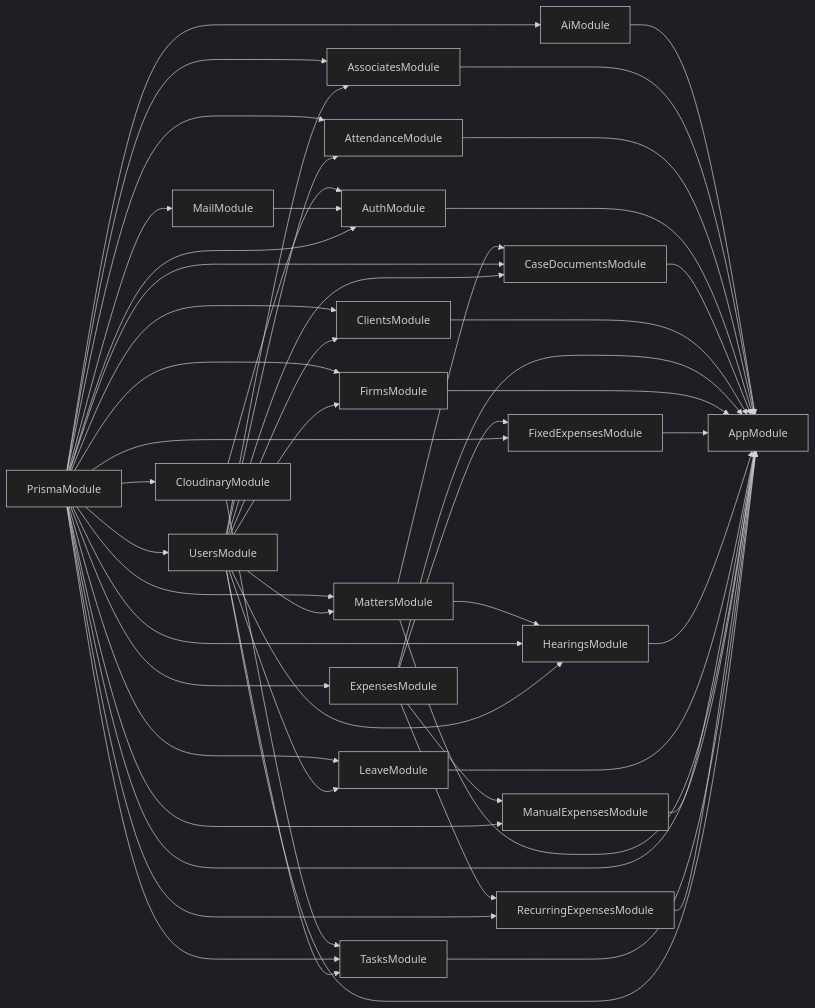
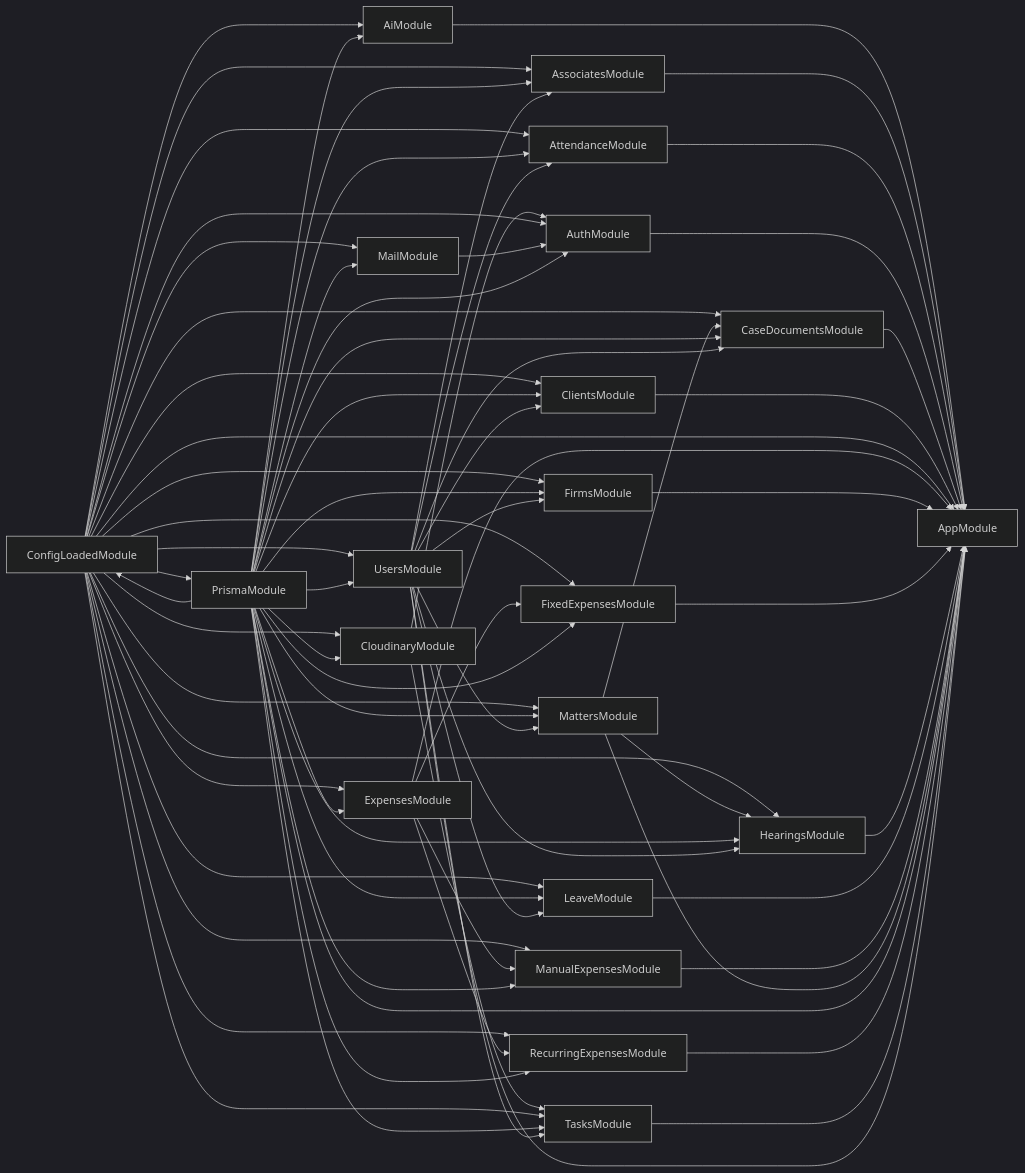
One commit to zas512/Verdict changed the diagram in apps/api/deps.mermaid. Above: the diagram before and after it, drawn with Mermaid (dark theme). The commit also changed 1 other file, not shown here.

Commit message:
feat: implement root application module and dependency graph visualization

```diff
--- a/apps/api/deps.mermaid
+++ b/apps/api/deps.mermaid
@@ -1,53 +1,74 @@
 graph LR
   AiModule --> AppModule
   AssociatesModule --> AppModule
   AttendanceModule --> AppModule
   AuthModule --> AppModule
   CaseDocumentsModule --> AppModule
   ClientsModule --> AppModule
   CloudinaryModule --> AuthModule
   CloudinaryModule --> TasksModule
+  ConfigLoadedModule --> AiModule
+  ConfigLoadedModule --> AppModule
+  ConfigLoadedModule --> AssociatesModule
+  ConfigLoadedModule --> AttendanceModule
+  ConfigLoadedModule --> AuthModule
+  ConfigLoadedModule --> CaseDocumentsModule
+  ConfigLoadedModule --> ClientsModule
+  ConfigLoadedModule --> CloudinaryModule
+  ConfigLoadedModule --> ExpensesModule
+  ConfigLoadedModule --> FirmsModule
+  ConfigLoadedModule --> FixedExpensesModule
+  ConfigLoadedModule --> HearingsModule
+  ConfigLoadedModule --> LeaveModule
+  ConfigLoadedModule --> MailModule
+  ConfigLoadedModule --> ManualExpensesModule
+  ConfigLoadedModule --> MattersModule
+  ConfigLoadedModule --> PrismaModule
+  ConfigLoadedModule --> RecurringExpensesModule
+  ConfigLoadedModule --> TasksModule
+  ConfigLoadedModule --> UsersModule
   ExpensesModule --> AppModule
   ExpensesModule --> FixedExpensesModule
   ExpensesModule --> ManualExpensesModule
   ExpensesModule --> RecurringExpensesModule
   FirmsModule --> AppModule
   FixedExpensesModule --> AppModule
   HearingsModule --> AppModule
   LeaveModule --> AppModule
   MailModule --> AuthModule
   ManualExpensesModule --> AppModule
   MattersModule --> AppModule
   MattersModule --> CaseDocumentsModule
   MattersModule --> HearingsModule
   PrismaModule --> AiModule
   PrismaModule --> AppModule
   PrismaModule --> AssociatesModule
   PrismaModule --> AttendanceModule
   PrismaModule --> AuthModule
   PrismaModule --> CaseDocumentsModule
   PrismaModule --> ClientsModule
   PrismaModule --> CloudinaryModule
+  PrismaModule --> ConfigLoadedModule
   PrismaModule --> ExpensesModule
   PrismaModule --> FirmsModule
   PrismaModule --> FixedExpensesModule
   PrismaModule --> HearingsModule
   PrismaModule --> LeaveModule
   PrismaModule --> MailModule
   PrismaModule --> ManualExpensesModule
   PrismaModule --> MattersModule
   PrismaModule --> RecurringExpensesModule
   PrismaModule --> TasksModule
   PrismaModule --> UsersModule
   RecurringExpensesModule --> AppModule
   TasksModule --> AppModule
   UsersModule --> AppModule
   UsersModule --> AssociatesModule
   UsersModule --> AttendanceModule
   UsersModule --> CaseDocumentsModule
   UsersModule --> ClientsModule
   UsersModule --> FirmsModule
   UsersModule --> HearingsModule
   UsersModule --> LeaveModule
   UsersModule --> MattersModule
   UsersModule --> TasksModule
```
